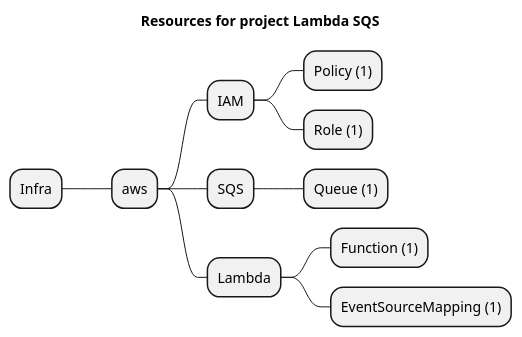
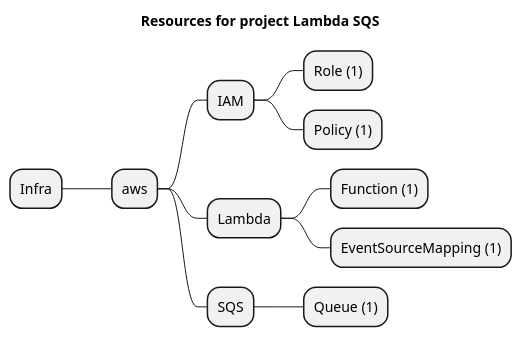
The diagram in examples/aws/lambda/nodejs/sqs-lambda/artifacts/resources-mindmap.puml (grucloud/grucloud), drawn with PlantUML before and after one commit. The commit also changed other lines of this file and 135 other files, not shown here.

```diff
--- a/examples/aws/lambda/nodejs/sqs-lambda/artifacts/resources-mindmap.puml
+++ b/examples/aws/lambda/nodejs/sqs-lambda/artifacts/resources-mindmap.puml
@@ -1,14 +1,14 @@
 @startmindmap
 title Resources for project Lambda SQS
 skinparam monochrome true
 + Infra
 ++ aws
 +++ IAM
+++++ Role (1)
 ++++ Policy (1)
-++++ Role (1)
-+++ SQS
-++++ Queue (1)
 +++ Lambda
 ++++ Function (1)
 ++++ EventSourceMapping (1)
++++ SQS
+++++ Queue (1)
 @endmindmap
```
